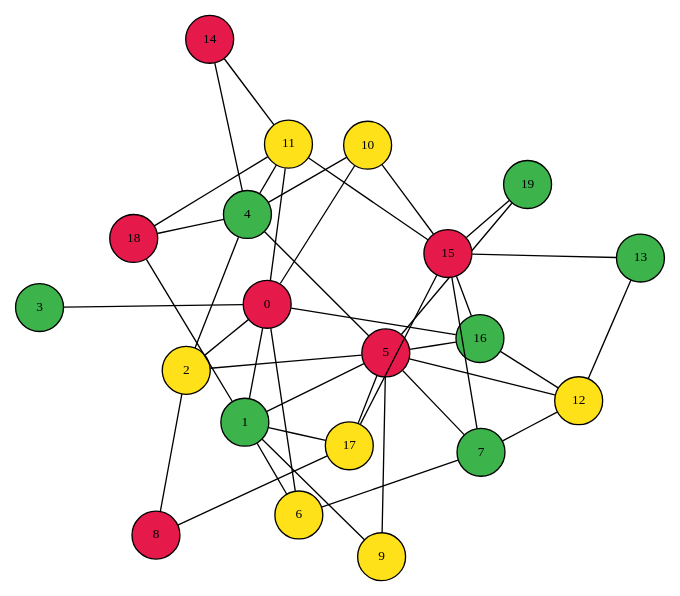
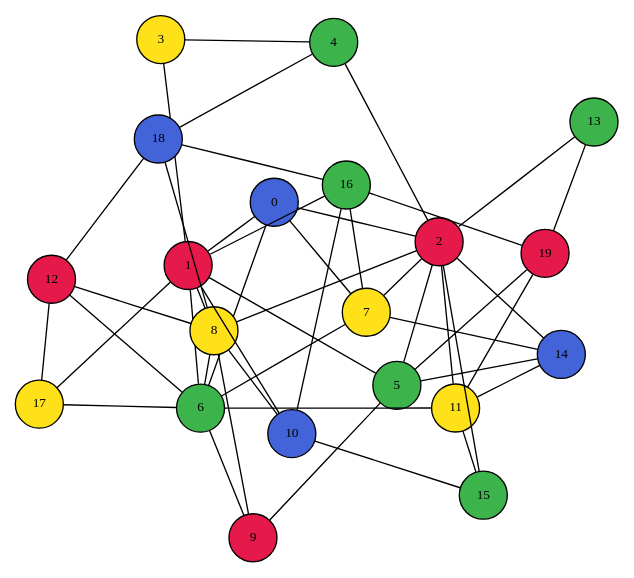
Before and after one commit to ZubMaksym/pa_lab_2: the diagram in graph.dot, drawn with Graphviz. The commit also changed 1 other file, not shown here.

```diff
--- a/graph.dot
+++ b/graph.dot
@@ -1,65 +1,71 @@
 graph G {
   layout=neato;
   overlap=false;
   node [shape=circle style=filled fontsize=10];
-  0 [label="0", fillcolor="#e6194b"];
-  1 [label="1", fillcolor="#3cb44b"];
-  2 [label="2", fillcolor="#ffe119"];
-  3 [label="3", fillcolor="#3cb44b"];
+  0 [label="0", fillcolor="#4363d8"];
+  1 [label="1", fillcolor="#e6194b"];
+  2 [label="2", fillcolor="#e6194b"];
+  3 [label="3", fillcolor="#ffe119"];
   4 [label="4", fillcolor="#3cb44b"];
-  5 [label="5", fillcolor="#e6194b"];
-  6 [label="6", fillcolor="#ffe119"];
-  7 [label="7", fillcolor="#3cb44b"];
-  8 [label="8", fillcolor="#e6194b"];
-  9 [label="9", fillcolor="#ffe119"];
-  10 [label="10", fillcolor="#ffe119"];
+  5 [label="5", fillcolor="#3cb44b"];
+  6 [label="6", fillcolor="#3cb44b"];
+  7 [label="7", fillcolor="#ffe119"];
+  8 [label="8", fillcolor="#ffe119"];
+  9 [label="9", fillcolor="#e6194b"];
+  10 [label="10", fillcolor="#4363d8"];
   11 [label="11", fillcolor="#ffe119"];
-  12 [label="12", fillcolor="#ffe119"];
+  12 [label="12", fillcolor="#e6194b"];
   13 [label="13", fillcolor="#3cb44b"];
-  14 [label="14", fillcolor="#e6194b"];
-  15 [label="15", fillcolor="#e6194b"];
+  14 [label="14", fillcolor="#4363d8"];
+  15 [label="15", fillcolor="#3cb44b"];
   16 [label="16", fillcolor="#3cb44b"];
   17 [label="17", fillcolor="#ffe119"];
-  18 [label="18", fillcolor="#e6194b"];
-  19 [label="19", fillcolor="#3cb44b"];
+  18 [label="18", fillcolor="#4363d8"];
+  19 [label="19", fillcolor="#e6194b"];
   0 -- 1;
   0 -- 2;
-  0 -- 3;
-  0 -- 11;
   0 -- 6;
-  0 -- 10;
-  0 -- 16;
+  0 -- 7;
+  1 -- 3;
+  1 -- 6;
+  1 -- 8;
   1 -- 5;
-  1 -- 6;
-  1 -- 9;
+  1 -- 10;
+  1 -- 16;
   1 -- 17;
-  1 -- 18;
+  2 -- 5;
+  2 -- 7;
+  2 -- 13;
+  2 -- 14;
+  2 -- 15;
   2 -- 4;
   2 -- 8;
-  2 -- 5;
-  4 -- 10;
-  4 -- 5;
-  4 -- 11;
-  4 -- 14;
+  2 -- 11;
+  3 -- 4;
   4 -- 18;
   5 -- 9;
-  5 -- 12;
-  5 -- 17;
+  5 -- 14;
   5 -- 19;
-  5 -- 7;
-  5 -- 16;
+  6 -- 11;
+  6 -- 12;
+  6 -- 17;
   6 -- 7;
-  7 -- 12;
-  7 -- 15;
-  8 -- 17;
+  6 -- 8;
+  6 -- 9;
+  7 -- 14;
+  7 -- 16;
+  8 -- 9;
+  8 -- 10;
+  8 -- 12;
+  8 -- 18;
+  10 -- 16;
   10 -- 15;
   11 -- 14;
-  11 -- 18;
   11 -- 15;
-  12 -- 13;
-  12 -- 16;
-  13 -- 15;
-  15 -- 16;
-  15 -- 17;
-  15 -- 19;
+  11 -- 19;
+  12 -- 17;
+  12 -- 18;
+  13 -- 19;
+  16 -- 18;
+  16 -- 19;
 }
```
